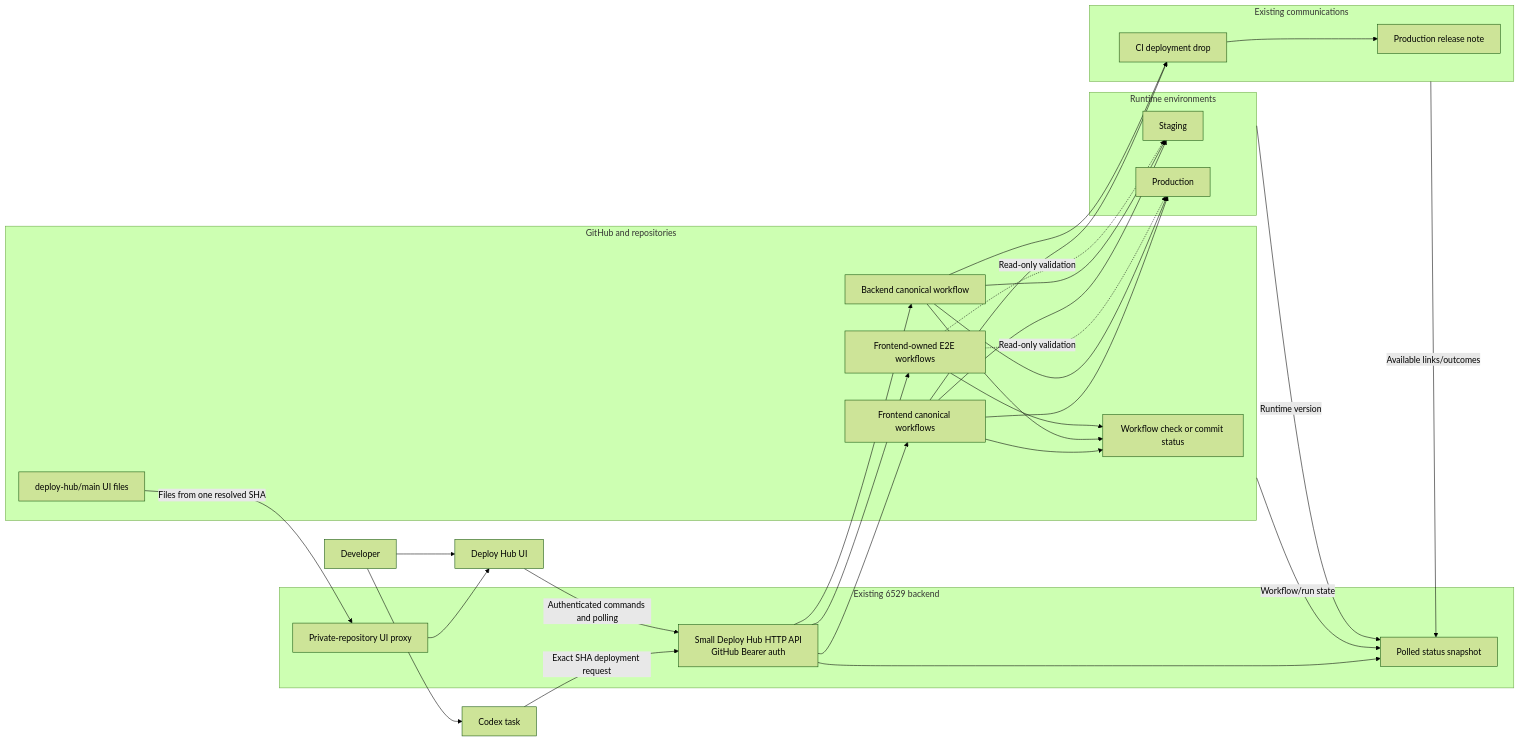
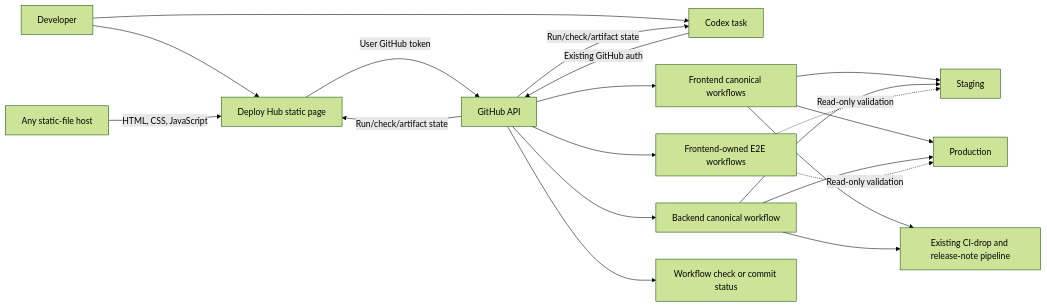
The diagram in docs/architecture.md (6529-Collections/deploy-hub), drawn with Mermaid (forest theme) before and after one commit. The commit also changed other lines of this file and 23 other files, not shown here.

Commit message:
Add portable static GitHub authentication

````diff
--- a/docs/architecture.md
+++ b/docs/architecture.md
@@ -25,56 +20,27 @@
 ```mermaid
 flowchart LR
-    U["Developer"] --> C["Codex task"]
-    U --> UI["Deploy Hub UI"]
+    U["Developer"] --> UI["Deploy Hub static page"]
+    U --> C["Codex task"]
+    H["Any static-file host"] -->|"HTML, CSS, JavaScript"| UI
 
-    subgraph B["Existing 6529 backend"]
-        API["Small Deploy Hub HTTP API<br/>GitHub Bearer auth"]
-        S["Polled status snapshot"]
-        P["Private-repository UI proxy"]
-    end
+    UI -->|"User GitHub token"| GH["GitHub API"]
+    C -->|"Existing GitHub auth"| GH
 
-    subgraph G["GitHub and repositories"]
-        UIS["deploy-hub/main UI files"]
-        PR["Workflow check or commit status"]
-        FE["Frontend canonical workflows"]
-        BE["Backend canonical workflow"]
-        E2E["Frontend-owned E2E workflows"]
-    end
+    GH --> FE["Frontend canonical workflows"]
+    GH --> BE["Backend canonical workflow"]
+    GH --> E2E["Frontend-owned E2E workflows"]
+    GH --> PR["Workflow check or commit status"]
 
-    subgraph E["Runtime environments"]
-        STG["Staging"]
-        PROD["Production"]
-    end
-
-    subgraph N["Existing communications"]
-        CI["CI deployment drop"]
-        RN["Production release note"]
-    end
-
-    C -->|"Exact SHA deployment request"| API
-    UI -->|"Authenticated commands and polling"| API
-    API --> S
-    UIS -->|"Files from one resolved SHA"| P
-    P --> UI
-
-    API --> FE
-    API --> BE
-    API --> E2E
-    FE --> STG
-    FE --> PROD
+    FE --> STG["Staging"]
+    FE --> PROD["Production"]
     BE --> STG
     BE --> PROD
     E2E -. "Read-only validation" .-> STG
     E2E -. "Read-only validation" .-> PROD
 
-    FE --> PR
-    BE --> PR
-    E2E --> PR
-    FE --> CI
-    BE --> CI
-    CI --> RN
+    FE --> COMM["Existing CI-drop and release-note pipeline"]
+    BE --> COMM
 
-    G -->|"Workflow/run state"| S
-    E -->|"Runtime version"| S
-    N -->|"Available links/outcomes"| S
+    GH -->|"Run/check/artifact state"| UI
+    GH -->|"Run/check/artifact state"| C
 ```
````
